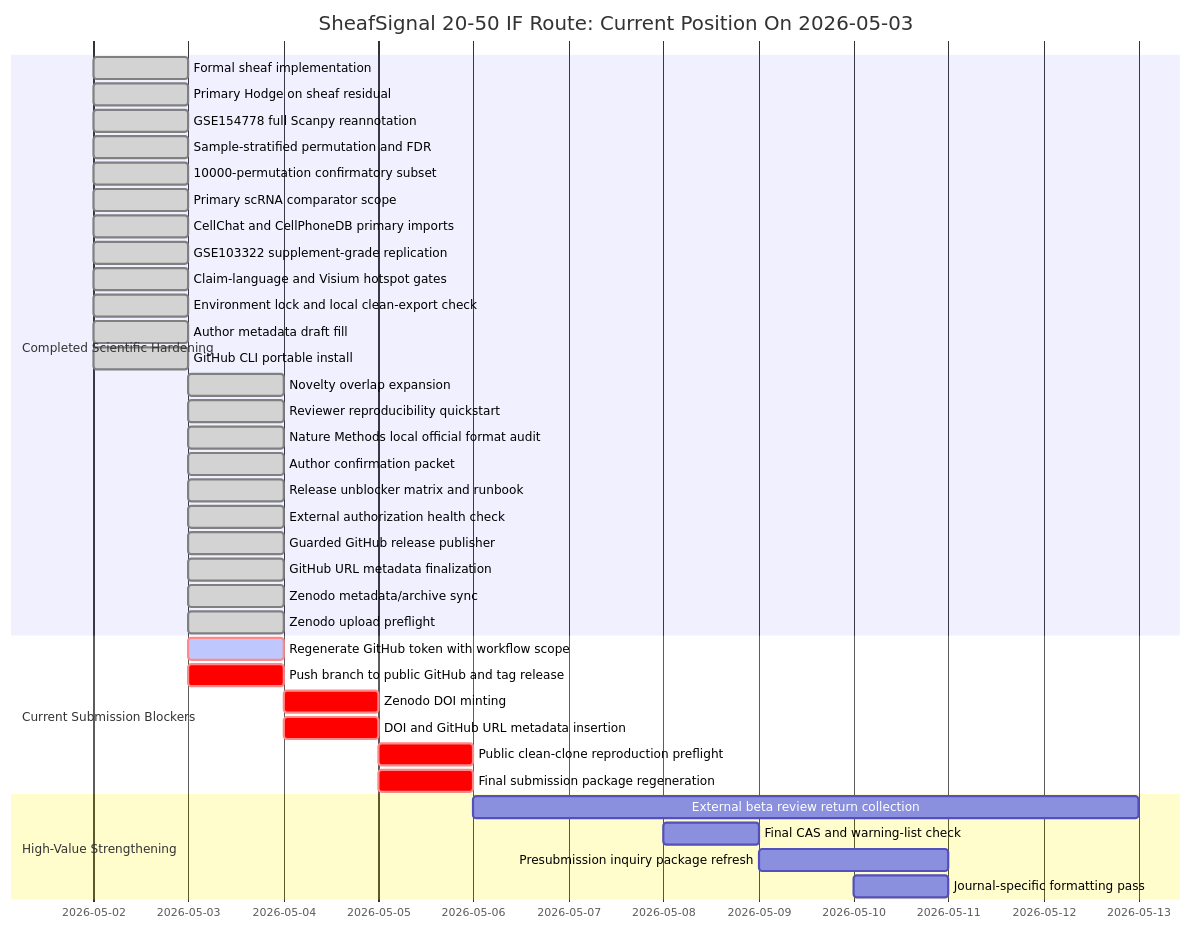
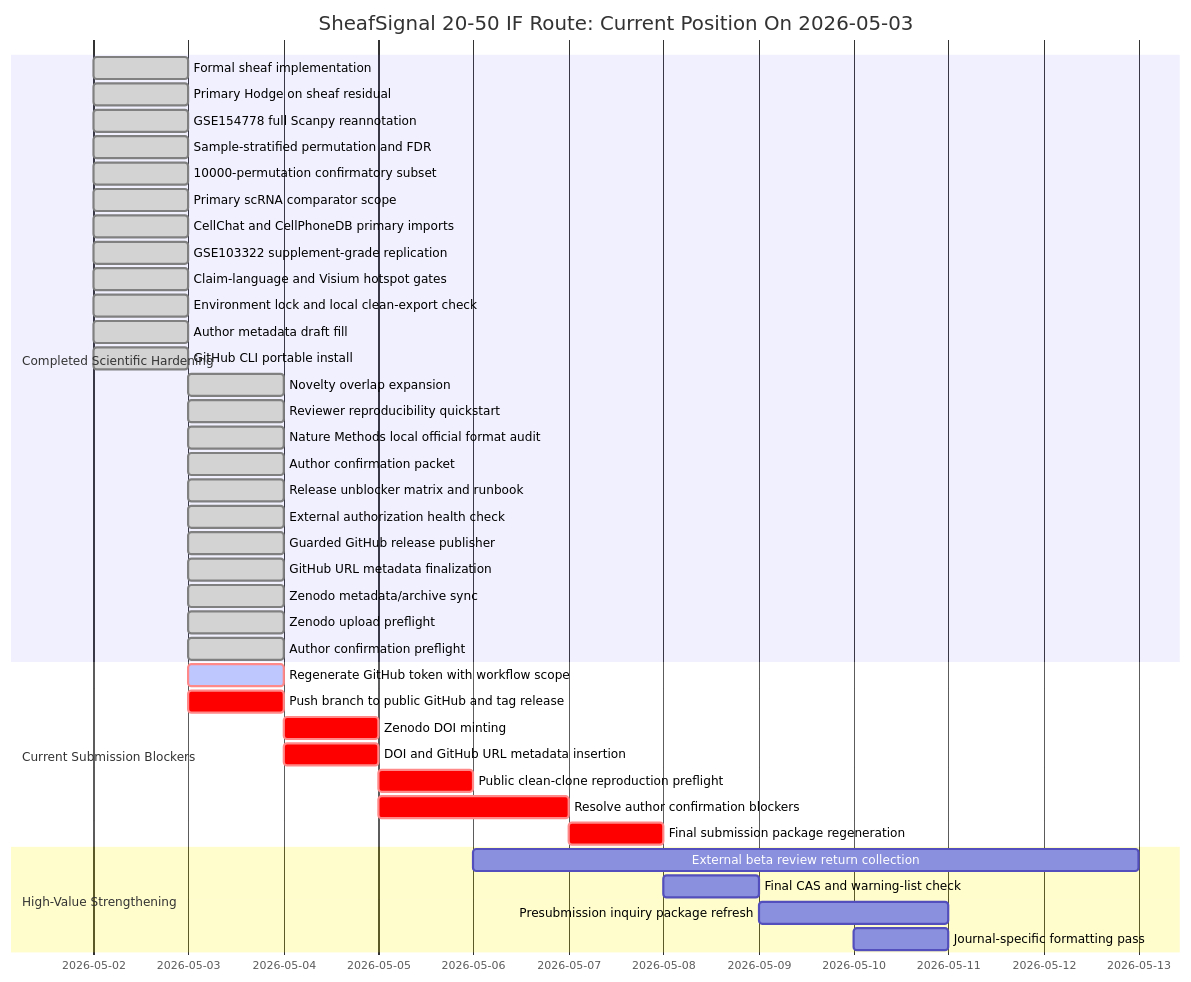
The diagram in manuscript/SHEAFSIGNAL_STATUS_DASHBOARD_2026-05-03.md (healthgreat/SheafSignal), drawn with Mermaid before and after one commit. The commit also changed other lines of this file and 16 other files, not shown here.

Commit message:
Add author confirmation preflight gate

````diff
--- a/manuscript/SHEAFSIGNAL_STATUS_DASHBOARD_2026-05-03.md
+++ b/manuscript/SHEAFSIGNAL_STATUS_DASHBOARD_2026-05-03.md
@@ -121,43 +124,45 @@
 ```mermaid
 gantt
     title SheafSignal 20-50 IF Route: Current Position On 2026-05-03
     dateFormat  YYYY-MM-DD
 
     section Completed Scientific Hardening
     Formal sheaf implementation                    :done, 2026-05-02, 1d
     Primary Hodge on sheaf residual                :done, 2026-05-02, 1d
     GSE154778 full Scanpy reannotation             :done, 2026-05-02, 1d
     Sample-stratified permutation and FDR          :done, 2026-05-02, 1d
     10000-permutation confirmatory subset          :done, 2026-05-02, 1d
     Primary scRNA comparator scope                 :done, 2026-05-02, 1d
     CellChat and CellPhoneDB primary imports       :done, 2026-05-02, 1d
     GSE103322 supplement-grade replication         :done, 2026-05-02, 1d
     Claim-language and Visium hotspot gates        :done, 2026-05-02, 1d
     Environment lock and local clean-export check  :done, 2026-05-02, 1d
     Author metadata draft fill                     :done, 2026-05-02, 1d
     GitHub CLI portable install                    :done, 2026-05-02, 1d
     Novelty overlap expansion                      :done, 2026-05-03, 1d
     Reviewer reproducibility quickstart            :done, 2026-05-03, 1d
     Nature Methods local official format audit     :done, 2026-05-03, 1d
     Author confirmation packet                     :done, 2026-05-03, 1d
     Release unblocker matrix and runbook           :done, 2026-05-03, 1d
     External authorization health check            :done, 2026-05-03, 1d
     Guarded GitHub release publisher              :done, 2026-05-03, 1d
     GitHub URL metadata finalization               :done, 2026-05-03, 1d
     Zenodo metadata/archive sync                   :done, 2026-05-03, 1d
     Zenodo upload preflight                        :done, 2026-05-03, 1d
+    Author confirmation preflight                  :done, 2026-05-03, 1d
 
     section Current Submission Blockers
     Regenerate GitHub token with workflow scope    :crit, active, 2026-05-03, 1d
     Push branch to public GitHub and tag release   :crit, 2026-05-03, 1d
     Zenodo DOI minting                             :crit, 2026-05-04, 1d
     DOI and GitHub URL metadata insertion          :crit, 2026-05-04, 1d
     Public clean-clone reproduction preflight      :crit, 2026-05-05, 1d
-    Final submission package regeneration          :crit, 2026-05-05, 1d
+    Resolve author confirmation blockers          :crit, 2026-05-05, 2d
+    Final submission package regeneration          :crit, 2026-05-07, 1d
 
     section High-Value Strengthening
     External beta review return collection         :2026-05-06, 7d
     Final CAS and warning-list check               :2026-05-08, 1d
     Presubmission inquiry package refresh          :2026-05-09, 2d
     Journal-specific formatting pass               :2026-05-10, 1d
 ```
````
